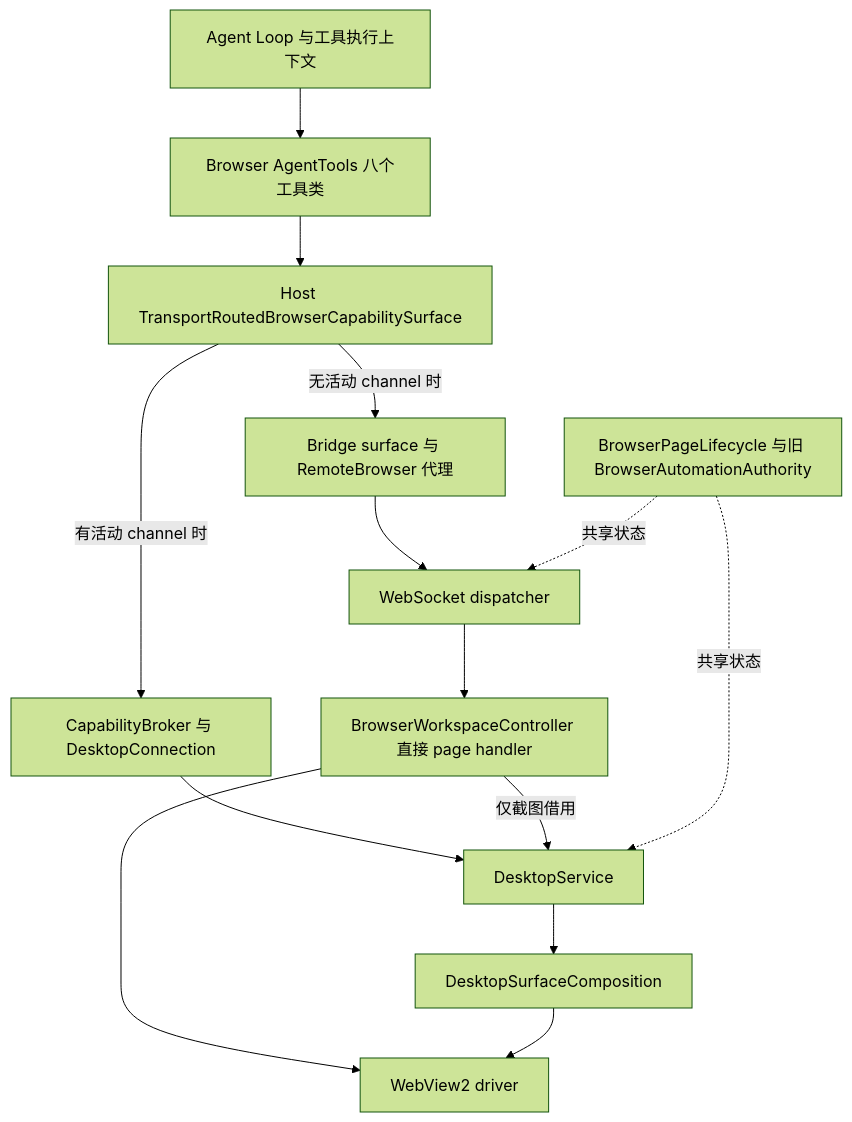
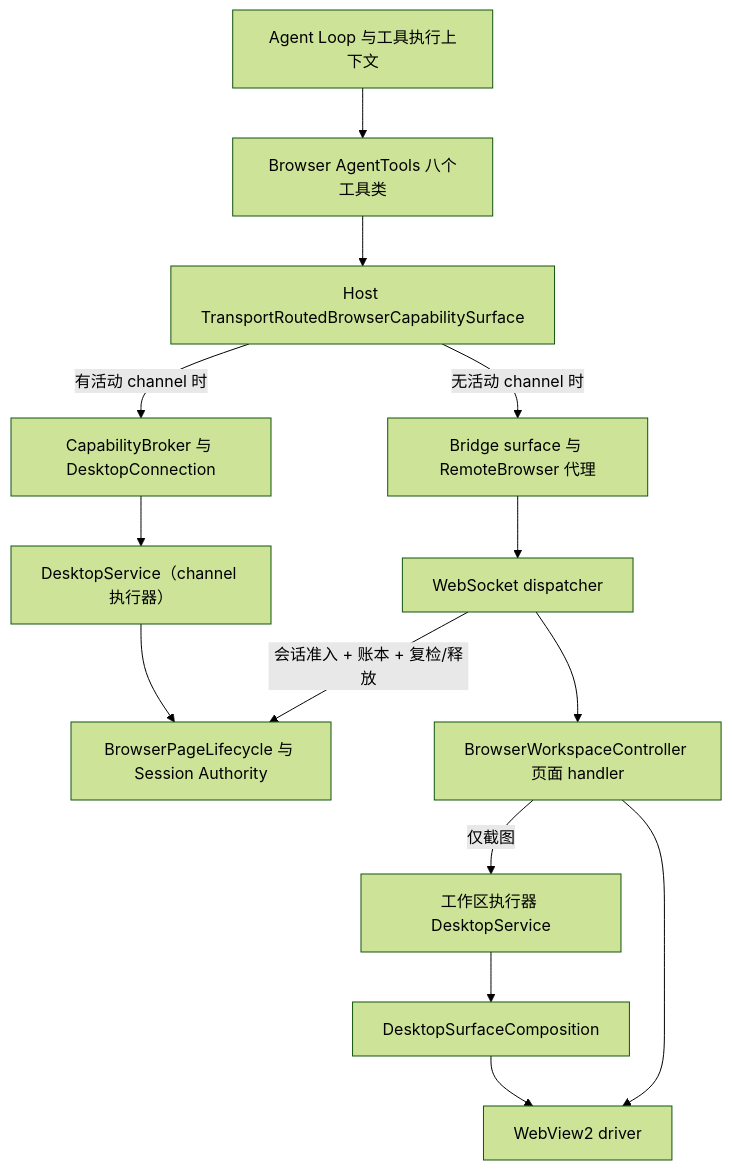
The diagram in Docs/07_architecture/浏览器工具与浏览器控制能力-架构与施工进度-2026-10-18.md (PuddingAgent/PuddingAgent), drawn with Mermaid (forest theme) before and after one commit. The commit also changed other lines of this file and 1 other file, not shown here.

Commit message:
docs(browser): 架构与施工进度页对齐当前实现（会话准入/执行器/F2–F6/I2 剩余）

````diff
--- a/Docs/07_architecture/浏览器工具与浏览器控制能力-架构与施工进度-2026-10-18.md
+++ b/Docs/07_architecture/浏览器工具与浏览器控制能力-架构与施工进度-2026-10-18.md
@@ -31,16 +31,16 @@
 ```mermaid
 flowchart TD
   A[Agent Loop 与工具执行上下文] --> T[Browser AgentTools 八个工具类]
   T --> H[Host TransportRoutedBrowserCapabilitySurface]
   H -->|无活动 channel 时| B[Bridge surface 与 RemoteBrowser 代理]
   H -->|有活动 channel 时| C[CapabilityBroker 与 DesktopConnection]
   B --> W[WebSocket dispatcher]
-  W --> K[BrowserWorkspaceController 直接 page handler]
-  C --> E[DesktopService]
-  K -->|仅截图借用| E
+  W -->|会话准入 + 账本 + 复检/释放| L[BrowserPageLifecycle 与 Session Authority]
+  W --> K[BrowserWorkspaceController 页面 handler]
+  K -->|仅截图| X[工作区执行器 DesktopService]
+  X --> S[DesktopSurfaceComposition]
+  C --> E[DesktopService（channel 执行器）]
+  E --> L
   K --> D[WebView2 driver]
-  E --> S[DesktopSurfaceComposition]
   S --> D
-  L[BrowserPageLifecycle 与旧 BrowserAutomationAuthority] -.共享状态.-> W
-  L -.共享状态.-> E
 ```
````
